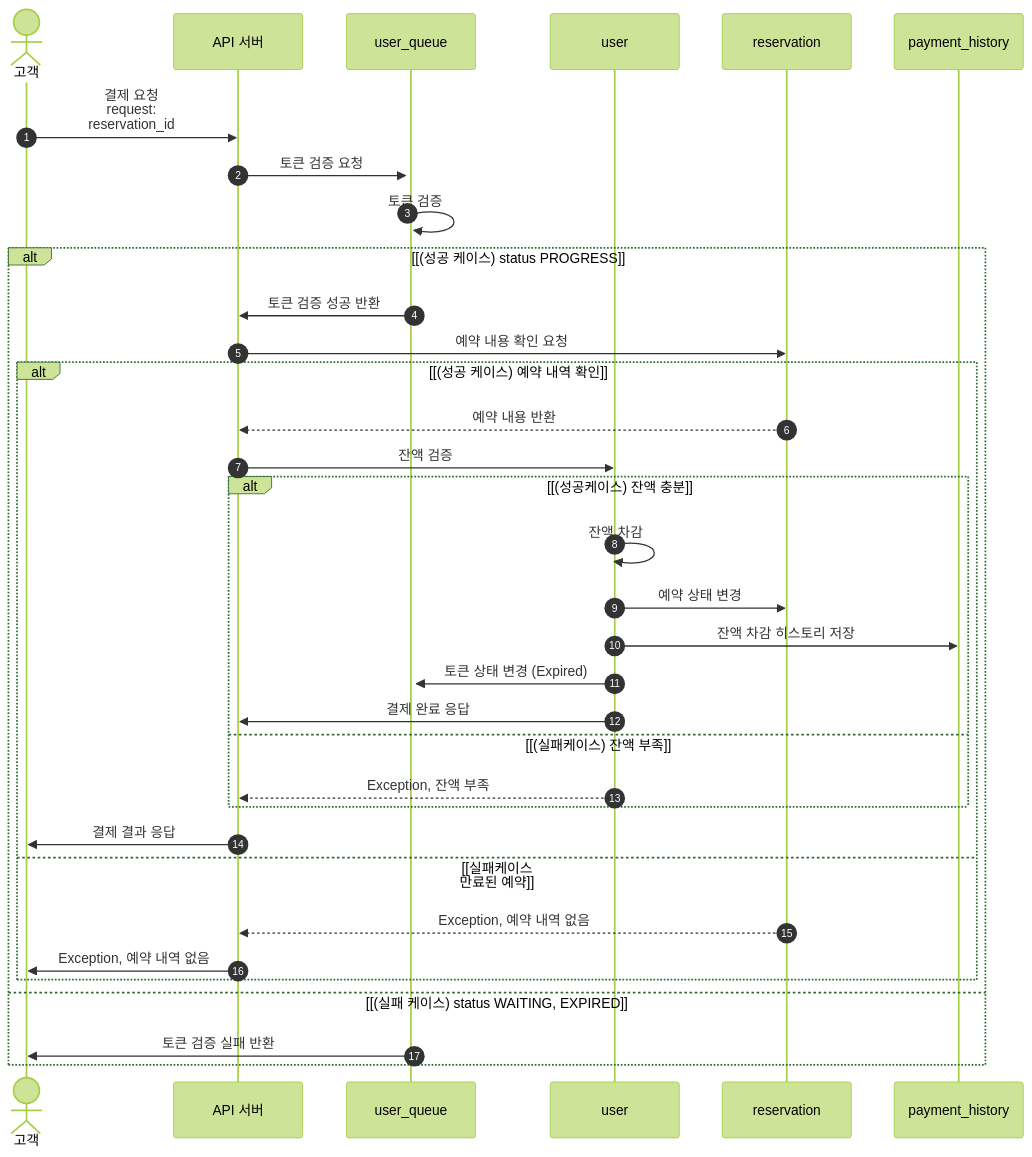
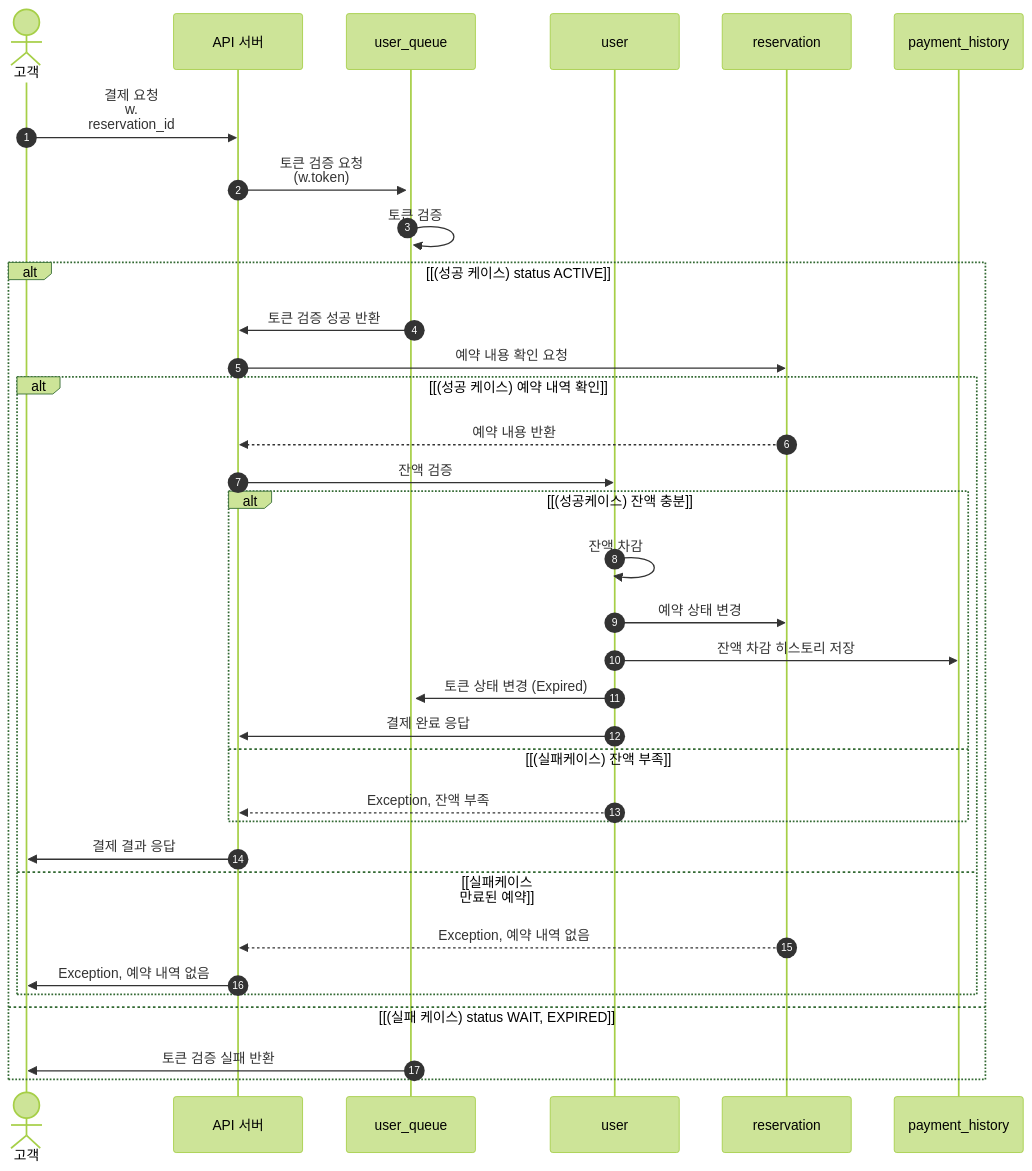
One commit to hwivelop/concert-reservation changed the ninth of 9 diagrams in docs/SEQUENCE.md. Above: the diagram before and after it, drawn with Mermaid (forest theme). The commit also changed other lines of this file and 3 other files, not shown here.

````diff
--- a/docs/SEQUENCE.md
+++ b/docs/SEQUENCE.md
@@ -181,40 +310,40 @@
 ```mermaid
 sequenceDiagram
     autonumber
 %%  선언부
     actor member as 고객
     participant api as API 서버
     participant queue as user_queue
     participant user as user
 %%    participant concert as concert<br> & concert_schedule<br> & concert_seat<br>
     participant reservation as reservation
     participant payment as payment_history
 %%  구현부
-    member ->> api: 결제 요청<br>request:<br>reservation_id
-    api ->>+ queue: 토큰 검증 요청
+    member ->> api: 결제 요청<br>w.<br>reservation_id
+    api ->>+ queue: 토큰 검증 요청<br>(w.token)
     queue ->> queue: 토큰 검증
 
-    alt [(성공 케이스) status PROGRESS]
+    alt [(성공 케이스) status ACTIVE]
         queue ->> api: 토큰 검증 성공 반환
         api ->> reservation: 예약 내용 확인 요청
         alt [(성공 케이스) 예약 내역 확인]
             reservation -->> api: 예약 내용 반환
             api ->> user: 잔액 검증
             alt [(성공케이스) 잔액 충분]
                 user ->> user: 잔액 차감
                 user ->> reservation: 예약 상태 변경
                 user ->> payment: 잔액 차감 히스토리 저장
                 user ->> queue: 토큰 상태 변경 (Expired)
                 user ->> api: 결제 완료 응답
             else [(실패케이스) 잔액 부족]
                 user -->> api: Exception, 잔액 부족
             end
             api ->> member: 결제 결과 응답
         else [실패케이스<br>만료된 예약]
             reservation -->> api: Exception, 예약 내역 없음
             api ->> member: Exception, 예약 내역 없음
         end
-    else [(실패 케이스) status WAITING, EXPIRED]
+    else [(실패 케이스) status WAIT, EXPIRED]
         queue ->> member: 토큰 검증 실패 반환
     end
 ```
````
